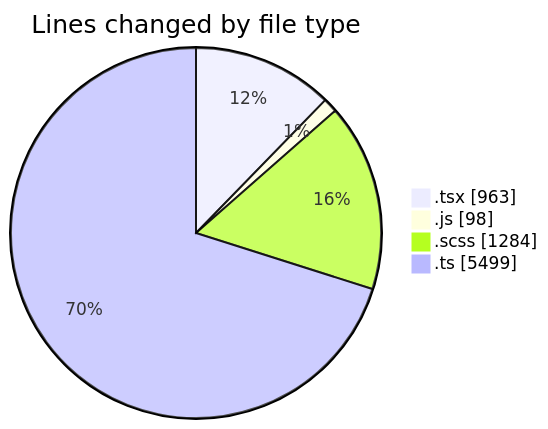
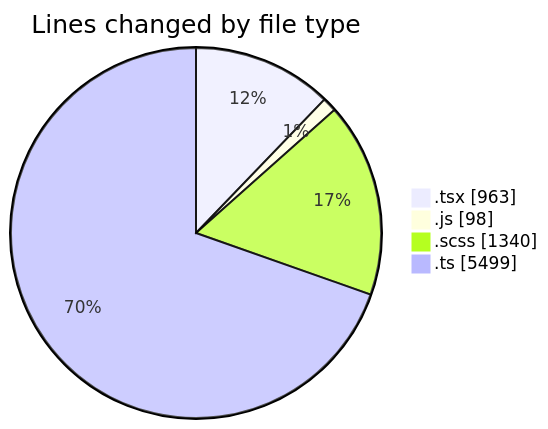
One commit to momahboobian/code-tracking changed the first of 2 diagrams in 2025-03-31/cda/README.md. Above: the diagram before and after it, drawn with Mermaid. The commit also changed other lines of this file and 1 other file, not shown here.

````diff
--- a/2025-03-31/cda/README.md
+++ b/2025-03-31/cda/README.md
@@ -39,8 +39,8 @@
 ```mermaid
 pie showData
 title Lines changed by file type
 ".tsx" : 963
 ".js" : 98
-".scss" : 1284
+".scss" : 1340
 ".ts" : 5499
 ```
````
